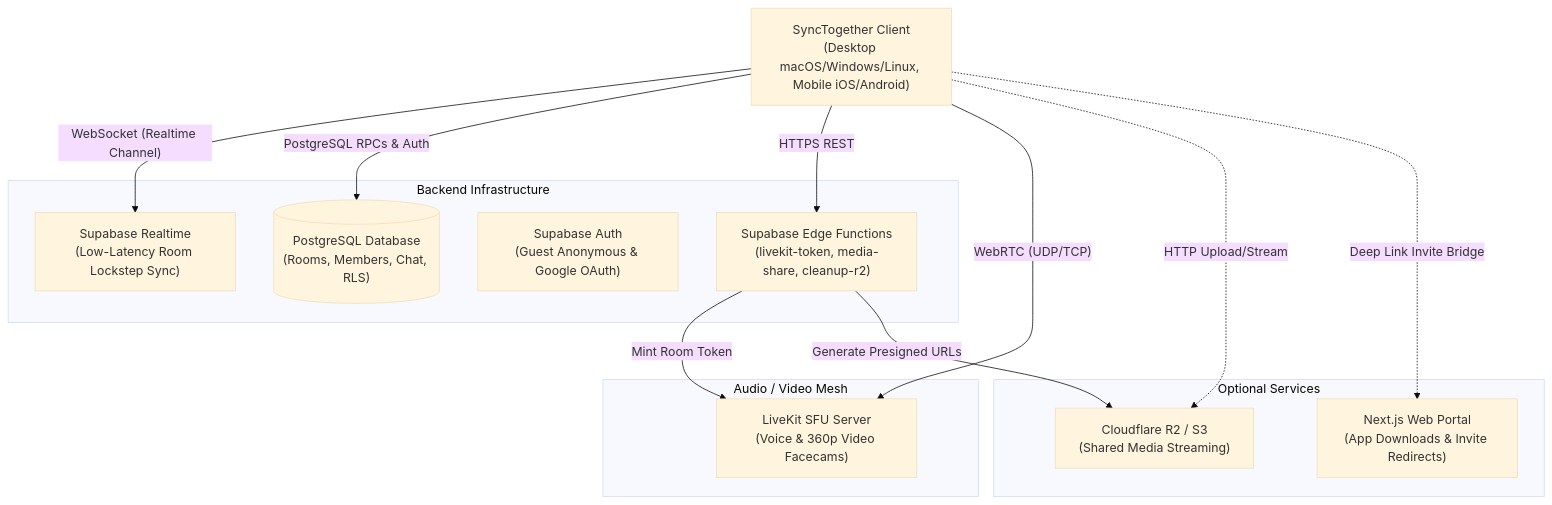
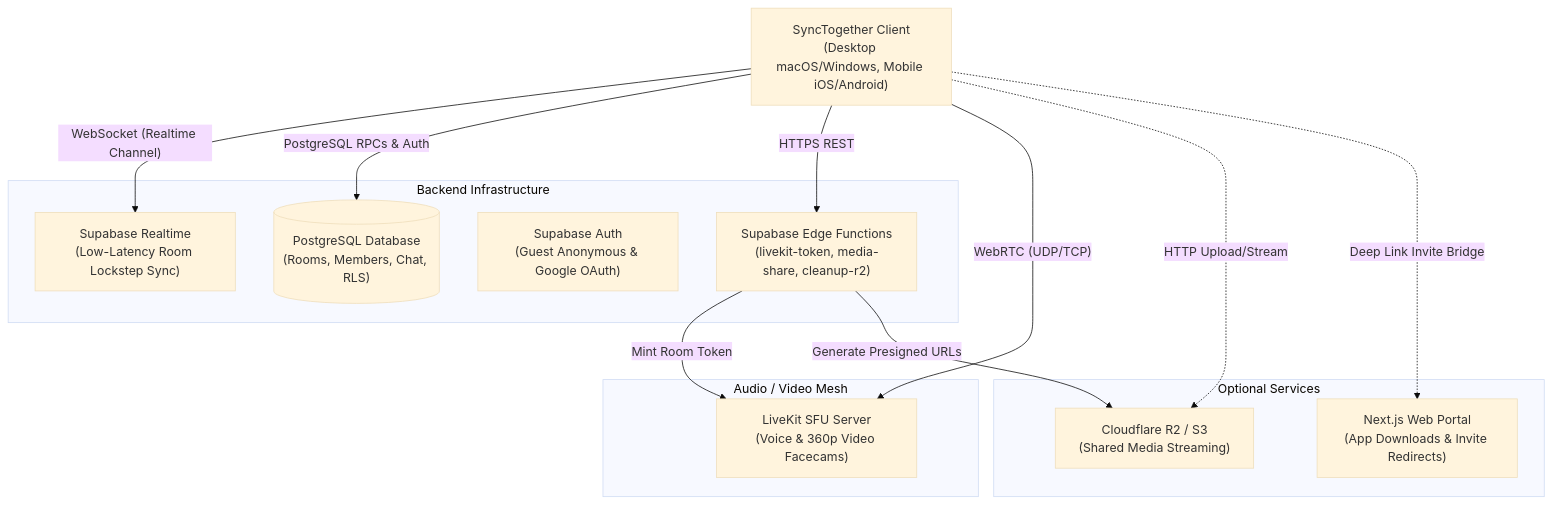
Before and after one commit to shubhamsinghshubham777/playtogether: the diagram in docs/self-hosting.md, drawn with Mermaid (base theme). The commit also changed other lines of this file and 3 other files, not shown here.

Commit message:
docs: clarify unsupported linux desktop status in guides and commands

````diff
--- a/docs/self-hosting.md
+++ b/docs/self-hosting.md
@@ -11,29 +11,29 @@
 ```mermaid
 flowchart TD
-    Client["SyncTogether Client<br/>(Desktop macOS/Windows/Linux, Mobile iOS/Android)"]
+    Client["SyncTogether Client<br/>(Desktop macOS/Windows, Mobile iOS/Android)"]
     
     subgraph Backend ["Backend Infrastructure"]
         DB[("PostgreSQL Database<br/>(Rooms, Members, Chat, RLS)")]
         Realtime["Supabase Realtime<br/>(Low-Latency Room Lockstep Sync)"]
         Auth["Supabase Auth<br/>(Guest Anonymous & Google OAuth)"]
         Functions["Supabase Edge Functions<br/>(livekit-token, media-share, cleanup-r2)"]
     end
 
     subgraph AV ["Audio / Video Mesh"]
         LiveKit["LiveKit SFU Server<br/>(Voice & 360p Video Facecams)"]
     end
 
     subgraph Optional ["Optional Services"]
         R2["Cloudflare R2 / S3<br/>(Shared Media Streaming)"]
         Web["Next.js Web Portal<br/>(App Downloads & Invite Redirects)"]
     end
 
     Client -->|"WebSocket (Realtime Channel)"| Realtime
     Client -->|"PostgreSQL RPCs & Auth"| DB
     Client -->|"HTTPS REST"| Functions
     Client -->|"WebRTC (UDP/TCP)"| LiveKit
     Client -.->|"HTTP Upload/Stream"| R2
     Client -.->|"Deep Link Invite Bridge"| Web
     Functions -->|"Mint Room Token"| LiveKit
     Functions -->|"Generate Presigned URLs"| R2
 ```
````
